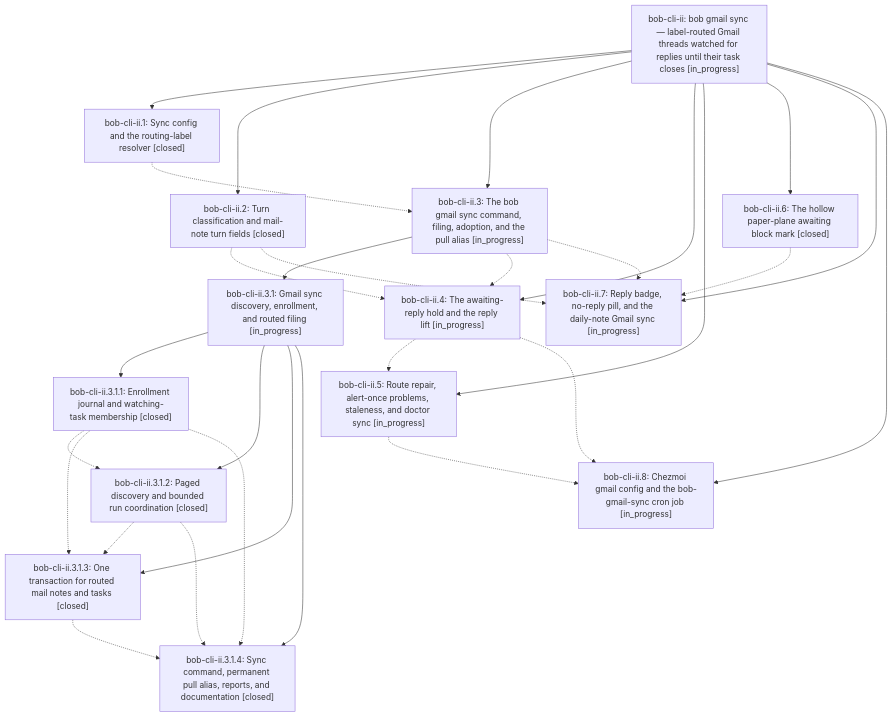
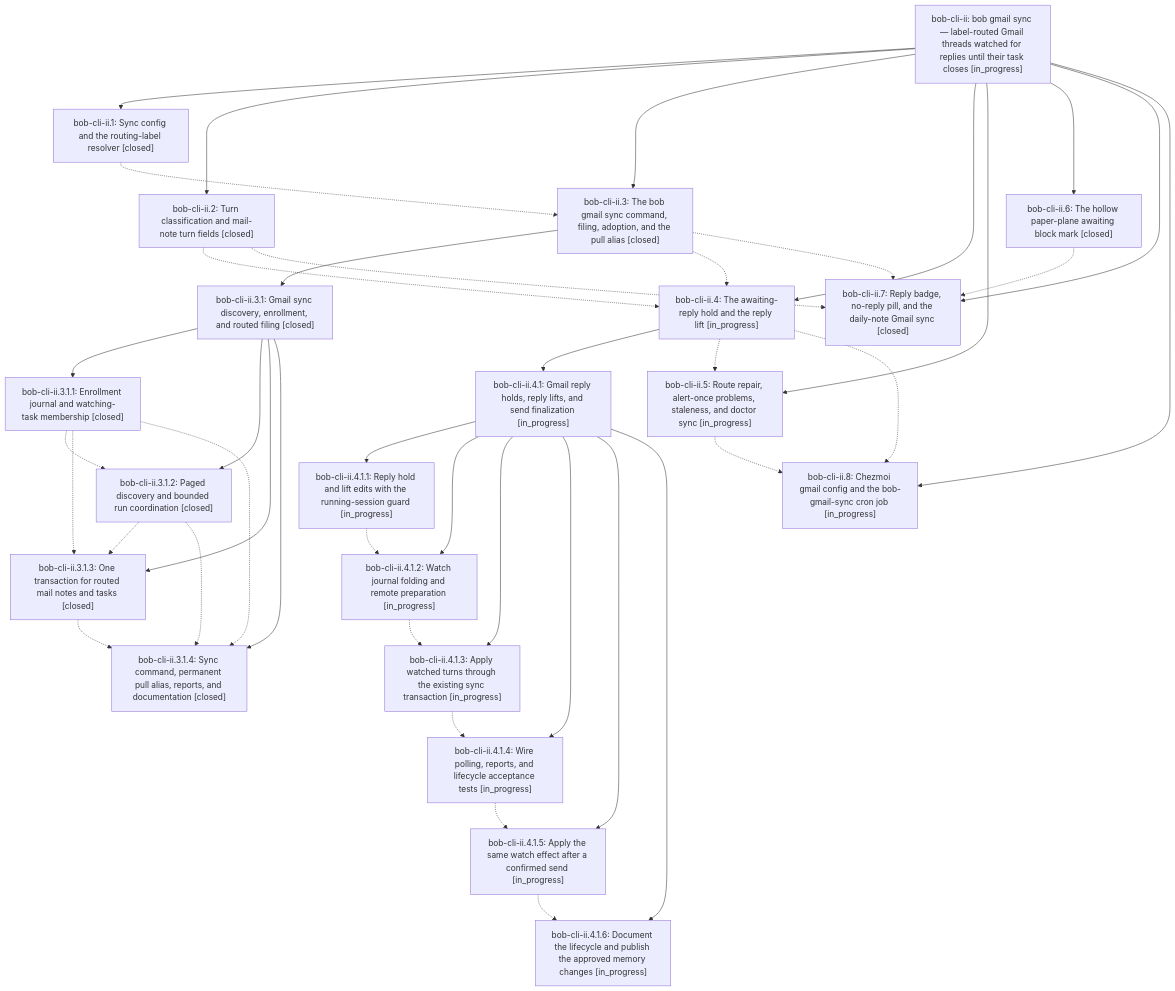
Before and after one commit to bobs-org/bob-cli--beads: the diagram in pages/bob-cli-ii/README.md, drawn with Mermaid. The commit also changed other lines of this file and 18 other files, not shown here.

First line of the commit message:
chore(beads): sync bead state and pages for bob-cli-ii

````diff
--- a/pages/bob-cli-ii/README.md
+++ b/pages/bob-cli-ii/README.md
@@ -43,45 +47,64 @@
 ```mermaid
 flowchart TD
     n0["bob-cli-ii: bob gmail sync — label-routed Gmail threads watched for replies until their task closes [in_progress]"]
     n1["bob-cli-ii.1: Sync config and the routing-label resolver [closed]"]
     n2["bob-cli-ii.2: Turn classification and mail-note turn fields [closed]"]
-    n3["bob-cli-ii.3: The bob gmail sync command, filing, adoption, and the pull alias [in_progress]"]
-    n4["bob-cli-ii.3.1: Gmail sync discovery, enrollment, and routed filing [in_progress]"]
+    n3["bob-cli-ii.3: The bob gmail sync command, filing, adoption, and the pull alias [closed]"]
+    n4["bob-cli-ii.3.1: Gmail sync discovery, enrollment, and routed filing [closed]"]
     n5["bob-cli-ii.3.1.1: Enrollment journal and watching-task membership [closed]"]
     n6["bob-cli-ii.3.1.2: Paged discovery and bounded run coordination [closed]"]
     n7["bob-cli-ii.3.1.3: One transaction for routed mail notes and tasks [closed]"]
     n8["bob-cli-ii.3.1.4: Sync command, permanent pull alias, reports, and documentation [closed]"]
     n9["bob-cli-ii.4: The awaiting-reply hold and the reply lift [in_progress]"]
-    n10["bob-cli-ii.5: Route repair, alert-once problems, staleness, and doctor sync [in_progress]"]
-    n11["bob-cli-ii.6: The hollow paper-plane awaiting block mark [closed]"]
-    n12["bob-cli-ii.7: Reply badge, no-reply pill, and the daily-note Gmail sync [in_progress]"]
-    n13["bob-cli-ii.8: Chezmoi gmail config and the bob-gmail-sync cron job [in_progress]"]
+    n10["bob-cli-ii.4.1: Gmail reply holds, reply lifts, and send finalization [in_progress]"]
+    n11["bob-cli-ii.4.1.1: Reply hold and lift edits with the running-session guard [in_progress]"]
+    n12["bob-cli-ii.4.1.2: Watch journal folding and remote preparation [in_progress]"]
+    n13["bob-cli-ii.4.1.3: Apply watched turns through the existing sync transaction [in_progress]"]
+    n14["bob-cli-ii.4.1.4: Wire polling, reports, and lifecycle acceptance tests [in_progress]"]
+    n15["bob-cli-ii.4.1.5: Apply the same watch effect after a confirmed send [in_progress]"]
+    n16["bob-cli-ii.4.1.6: Document the lifecycle and publish the approved memory changes [in_progress]"]
+    n17["bob-cli-ii.5: Route repair, alert-once problems, staleness, and doctor sync [in_progress]"]
+    n18["bob-cli-ii.6: The hollow paper-plane awaiting block mark [closed]"]
+    n19["bob-cli-ii.7: Reply badge, no-reply pill, and the daily-note Gmail sync [closed]"]
+    n20["bob-cli-ii.8: Chezmoi gmail config and the bob-gmail-sync cron job [in_progress]"]
     n0 --> n1
     n0 --> n2
     n0 --> n3
     n3 --> n4
     n4 --> n5
     n4 --> n6
     n4 --> n7
     n4 --> n8
     n0 --> n9
-    n0 --> n10
-    n0 --> n11
-    n0 --> n12
-    n0 --> n13
+    n9 --> n10
+    n10 --> n11
+    n10 --> n12
+    n10 --> n13
+    n10 --> n14
+    n10 --> n15
+    n10 --> n16
+    n0 --> n17
+    n0 --> n18
+    n0 --> n19
+    n0 --> n20
     n1 -.-> n3
     n2 -.-> n9
-    n2 -.-> n12
+    n2 -.-> n19
     n3 -.-> n9
-    n3 -.-> n12
+    n3 -.-> n19
     n5 -.-> n6
     n5 -.-> n7
     n5 -.-> n8
     n6 -.-> n7
     n6 -.-> n8
     n7 -.-> n8
-    n9 -.-> n10
-    n9 -.-> n13
-    n10 -.-> n13
+    n9 -.-> n17
+    n9 -.-> n20
     n11 -.-> n12
+    n12 -.-> n13
+    n13 -.-> n14
+    n14 -.-> n15
+    n15 -.-> n16
+    n17 -.-> n20
+    n18 -.-> n19
 ```
````
